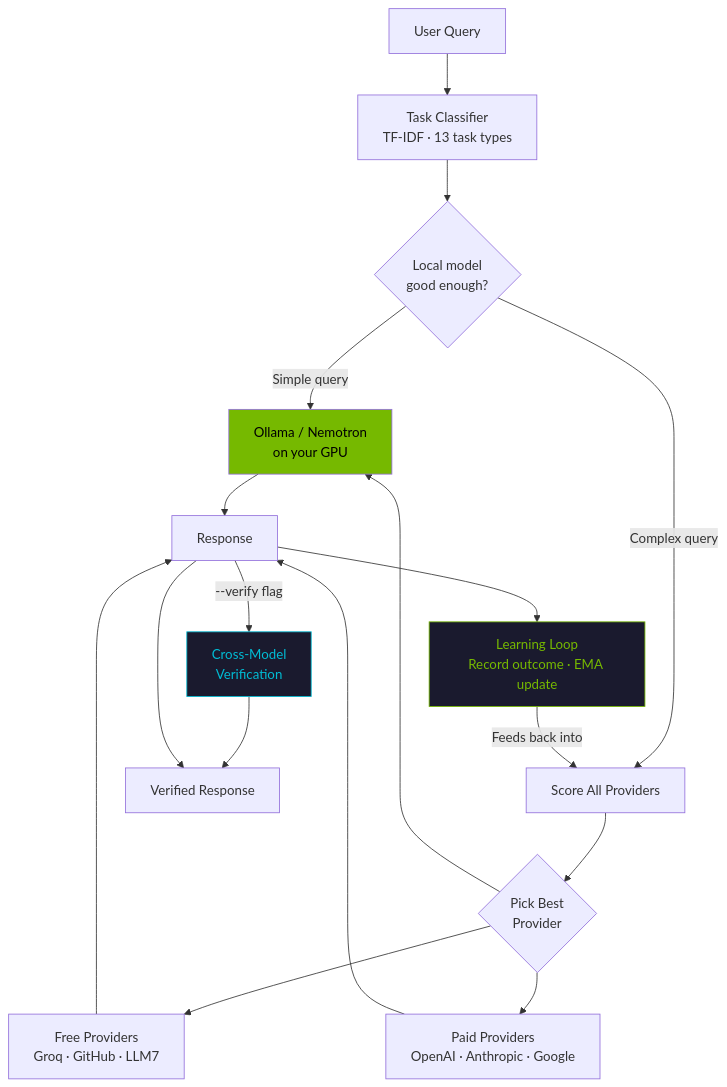
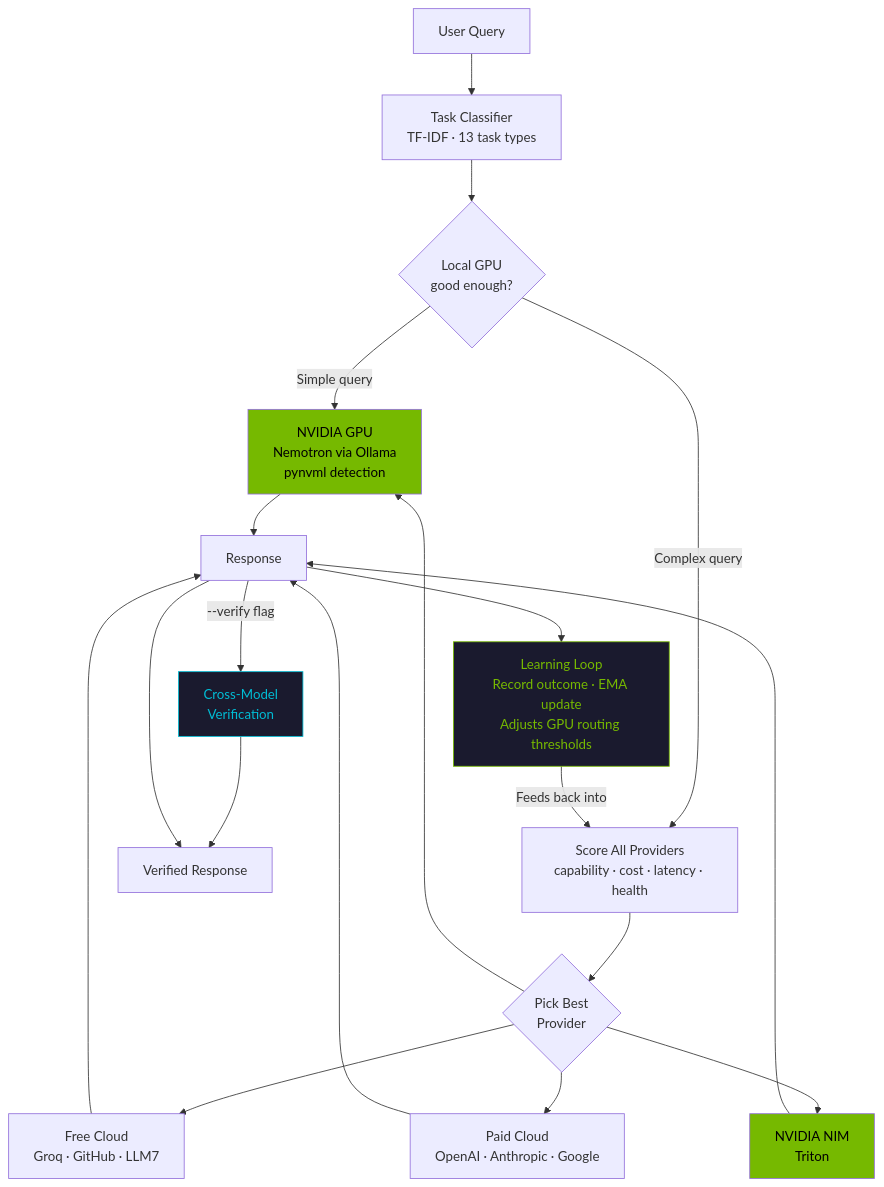
The first of 3 diagrams in README.md (thatcooperguy/nvHive), drawn with Mermaid before and after one commit. The commit also changed other lines of this file, not shown here.

First line of the commit message:
Elevate NVIDIA path: GPU quick start, enhanced pipeline diagram, full stack table

````diff
--- a/README.md
+++ b/README.md
@@ -46,29 +74,32 @@
 ```mermaid
 flowchart TB
     USER[User Query] --> CLASSIFY[Task Classifier<br/>TF-IDF · 13 task types]
-    CLASSIFY --> LOCALCHECK{Local model<br/>good enough?}
+    CLASSIFY --> LOCALCHECK{Local GPU<br/>good enough?}
     
-    LOCALCHECK -->|Simple query| LOCAL[Ollama / Nemotron<br/>on your GPU]
-    LOCALCHECK -->|Complex query| SCORE[Score All Providers]
+    LOCALCHECK -->|Simple query| GPU[NVIDIA GPU<br/>Nemotron via Ollama<br/>pynvml detection]
+    LOCALCHECK -->|Complex query| SCORE[Score All Providers<br/>capability · cost · latency · health]
     
     SCORE --> ROUTE{Pick Best<br/>Provider}
     
-    ROUTE --> FREE[Free Providers<br/>Groq · GitHub · LLM7]
-    ROUTE --> PAID[Paid Providers<br/>OpenAI · Anthropic · Google]
-    ROUTE --> LOCAL
+    ROUTE --> FREE[Free Cloud<br/>Groq · GitHub · LLM7]
+    ROUTE --> PAID[Paid Cloud<br/>OpenAI · Anthropic · Google]
+    ROUTE --> NIM[NVIDIA NIM<br/>Triton]
+    ROUTE --> GPU
     
     FREE --> RESPONSE[Response]
     PAID --> RESPONSE
-    LOCAL --> RESPONSE
+    NIM --> RESPONSE
+    GPU --> RESPONSE
     
-    RESPONSE --> LEARN[Learning Loop<br/>Record outcome · EMA update]
+    RESPONSE --> LEARN[Learning Loop<br/>Record outcome · EMA update<br/>Adjusts GPU routing thresholds]
     LEARN -->|Feeds back into| SCORE
     
     RESPONSE -->|--verify flag| VERIFY[Cross-Model<br/>Verification]
     VERIFY --> FINAL[Verified Response]
     RESPONSE --> FINAL
     
-    style LOCAL fill:#76B900,color:#000
+    style GPU fill:#76B900,color:#000
+    style NIM fill:#76B900,color:#000
     style LEARN fill:#1a1a2e,color:#76B900,stroke:#76B900
     style VERIFY fill:#1a1a2e,color:#00bcd4,stroke:#00bcd4
 ```
````
